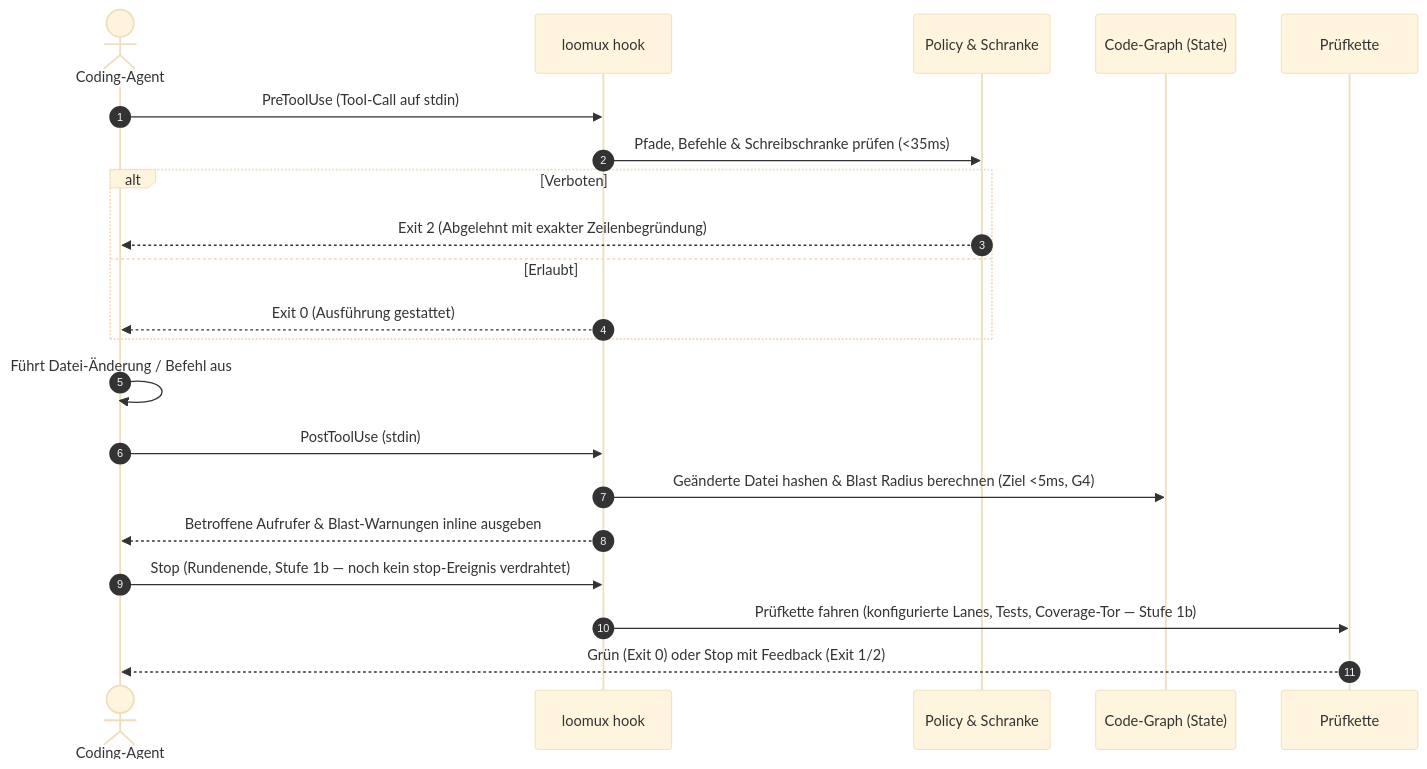
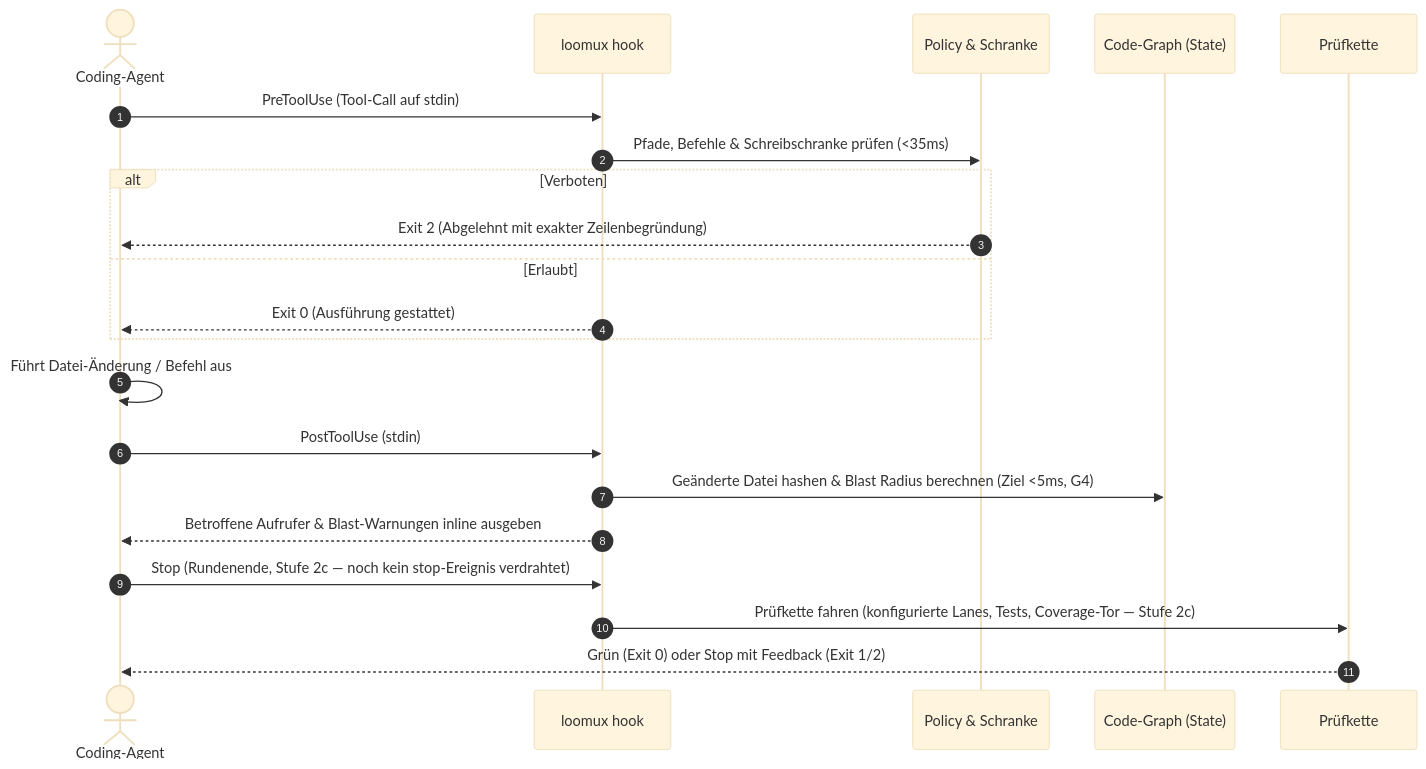
Before and after one commit to xidus90/loomux: the second of 4 diagrams in README.de.md, drawn with Mermaid (base theme). The commit also changed other lines of this file and 1 other file, not shown here.

````diff
--- a/README.de.md
+++ b/README.de.md
@@ -46,27 +46,27 @@
 ```mermaid
 sequenceDiagram
     autonumber
     actor Agent as Coding-Agent
     participant Hook as loomux hook
     participant Policy as Policy & Schranke
     participant Graph as Code-Graph (State)
     participant Verify as Prüfkette
 
     Agent->>Hook: PreToolUse (Tool-Call auf stdin)
     Hook->>Policy: Pfade, Befehle & Schreibschranke prüfen (<35ms)
     alt Verboten
         Policy-->>Agent: Exit 2 (Abgelehnt mit exakter Zeilenbegründung)
     else Erlaubt
         Hook-->>Agent: Exit 0 (Ausführung gestattet)
     end
 
     Agent->>Agent: Führt Datei-Änderung / Befehl aus
 
     Agent->>Hook: PostToolUse (stdin)
     Hook->>Graph: Geänderte Datei hashen & Blast Radius berechnen (Ziel <5ms, G4)
     Hook-->>Agent: Betroffene Aufrufer & Blast-Warnungen inline ausgeben
 
-    Agent->>Hook: Stop (Rundenende, Stufe 1b — noch kein stop-Ereignis verdrahtet)
-    Hook->>Verify: Prüfkette fahren (konfigurierte Lanes, Tests, Coverage-Tor — Stufe 1b)
+    Agent->>Hook: Stop (Rundenende, Stufe 2c — noch kein stop-Ereignis verdrahtet)
+    Hook->>Verify: Prüfkette fahren (konfigurierte Lanes, Tests, Coverage-Tor — Stufe 2c)
     Verify-->>Agent: Grün (Exit 0) oder Stop mit Feedback (Exit 1/2)
 ```
````
